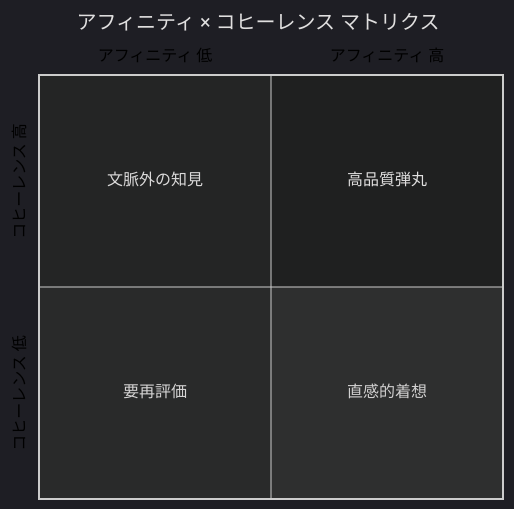
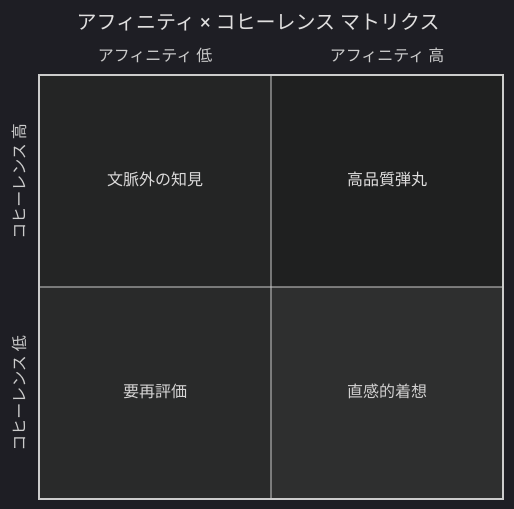
The diagram in 第6章.md (karakuri-ageha/ehar), drawn with Mermaid before and after one commit.

````diff
--- a/第6章.md
+++ b/第6章.md
@@ -21,11 +21,11 @@
 ```mermaid
-%%{init: {'theme': 'dark', 'themeVariables': {'quadrantXAxisTextFill': '#000000', 'quadrantYAxisTextFill': '#000000'}}}%%
+%%{init: {'theme': 'dark', 'themeVariables': {'quadrantXAxisTextFill': '#cccccc', 'quadrantYAxisTextFill': '#cccccc'}}}%%
 quadrantChart
     title アフィニティ × コヒーレンス マトリクス
     x-axis "アフィニティ 低" --> "アフィニティ 高"
     y-axis "コヒーレンス 低" --> "コヒーレンス 高"
     quadrant-1 "高品質弾丸"
     quadrant-2 "文脈外の知見"
     quadrant-3 "要再評価"
     quadrant-4 "直感的着想"
 ```
````
